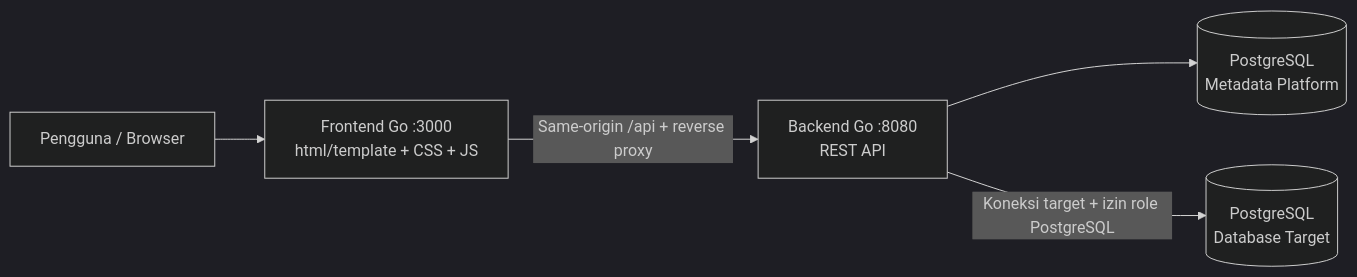
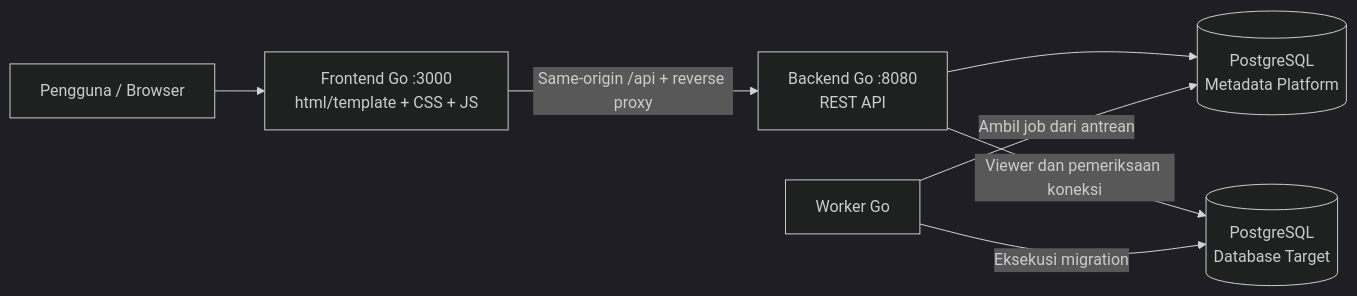
One commit to Alpaomega1136/IF3110_Tugas-Besar-WBD_Terserah changed the diagram in README.md. Above: the diagram before and after it, drawn with Mermaid (dark theme). The commit also changed other lines of this file and 1 other file, not shown here.

Commit message:
docs(ms2): document worker, integration tests, and batch benchmark

````diff
--- a/README.md
+++ b/README.md
@@ -189,7 +191,9 @@
 ```mermaid
 flowchart LR
     U[Pengguna / Browser] --> FE[Frontend Go :3000\nhtml/template + CSS + JS]
     FE -->|Same-origin /api + reverse proxy| BE[Backend Go :8080\nREST API]
     BE --> META[(PostgreSQL\nMetadata Platform)]
-    BE -->|Koneksi target + izin role PostgreSQL| TARGET[(PostgreSQL\nDatabase Target)]
+    BE -->|Viewer dan pemeriksaan koneksi| TARGET[(PostgreSQL\nDatabase Target)]
+    WORKER[Worker Go] -->|Ambil job dari antrean| META
+    WORKER -->|Eksekusi migration| TARGET
 ```
````
